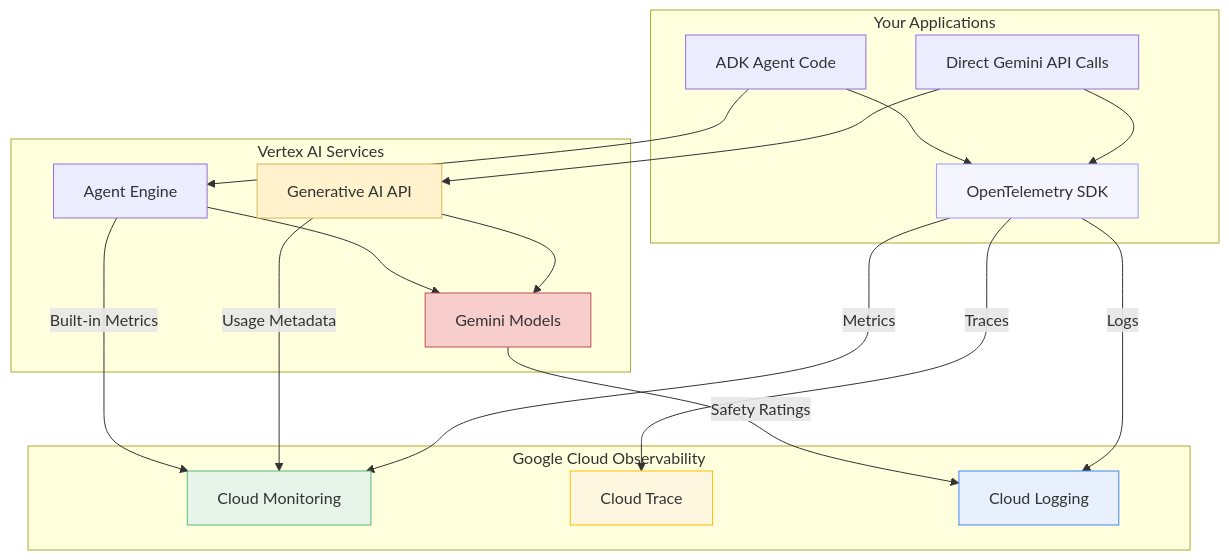
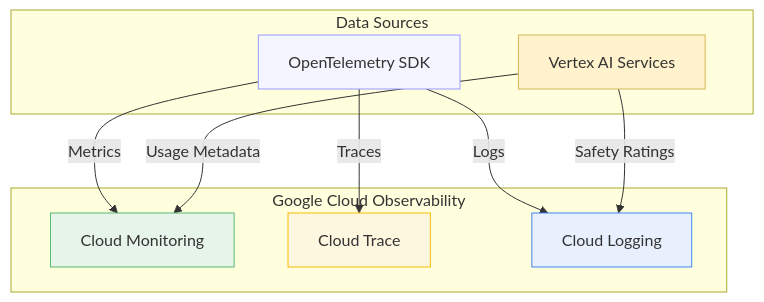
One commit to raphaelmansuy/tutorials changed the sixth of 8 diagrams in 31_observability_llm_adk_vertex.md. Above: the diagram before and after it, drawn with Mermaid. The commit also changed other lines of this file, not shown here.

````diff
--- a/31_observability_llm_adk_vertex.md
+++ b/31_observability_llm_adk_vertex.md
@@ -107,42 +425,28 @@
 ```mermaid
 flowchart TB
-    subgraph "Your Applications"
-        APP[Direct Gemini API Calls]
-        ADK[ADK Agent Code]
+    subgraph "Data Sources"
         OTEL[OpenTelemetry SDK]
-    end
-
-    subgraph "Vertex AI Services"
-        GENAI[Generative AI API]
-        ENGINE[Agent Engine]
-        MODEL[Gemini Models]
+        VERTEX[Vertex AI Services]
     end
 
     subgraph "Google Cloud Observability"
         CM[Cloud Monitoring]
         CT[Cloud Trace]
         CL[Cloud Logging]
     end
 
-    APP --> GENAI
-    ADK --> ENGINE
-    GENAI --> MODEL
-    ENGINE --> MODEL
-
-    APP --> OTEL
-    ADK --> OTEL
+    %% OpenTelemetry exports
     OTEL -->|Metrics| CM
     OTEL -->|Traces| CT
     OTEL -->|Logs| CL
 
-    GENAI -->|Usage Metadata| CM
-    ENGINE -->|Built-in Metrics| CM
-    MODEL -->|Safety Ratings| CL
+    %% Native Vertex AI telemetry
+    VERTEX -->|Usage Metadata| CM
+    VERTEX -->|Safety Ratings| CL
 
     style OTEL fill:#f5f5ff,stroke:#9999ff
+    style VERTEX fill:#fff2cc,stroke:#d6b656
     style CM fill:#e6f4ea,stroke:#5bb974
     style CT fill:#fef7e0,stroke:#fbbc04
     style CL fill:#e8f0fe,stroke:#4285f4
-    style GENAI fill:#fff2cc,stroke:#d6b656
-    style MODEL fill:#f8cecc,stroke:#b85450
 ```
````
